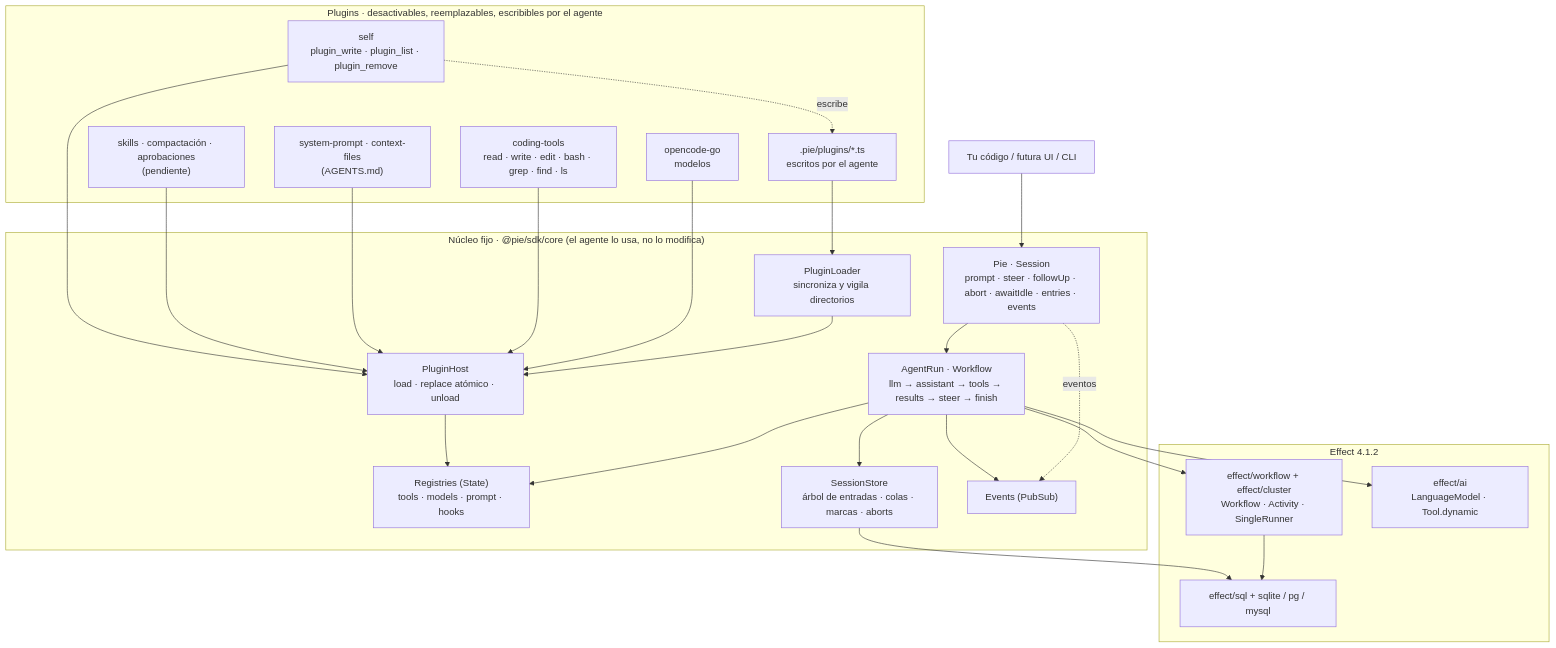
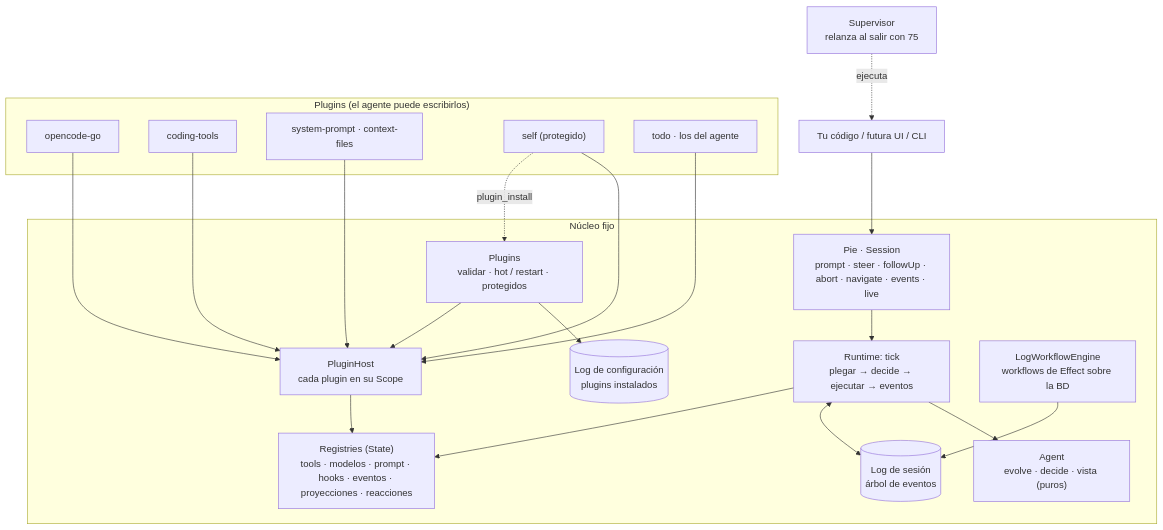
Before and after one commit to JavierDeDiegoGuzman/pie: the diagram in docs/diagramas/capas.mmd, drawn with Mermaid. The commit also changed 51 other files, not shown here.

```diff
--- a/docs/diagramas/capas.mmd
+++ b/docs/diagramas/capas.mmd
@@ -1,35 +1,31 @@
 flowchart TB
   host["Tu código / futura UI / CLI"]
-  subgraph CORE["Núcleo fijo · @pie/sdk/core (el agente lo usa, no lo modifica)"]
-    api["Pie · Session<br/>prompt · steer · followUp · abort · awaitIdle · entries · events"]
-    run["AgentRun · Workflow<br/>llm → assistant → tools → results → steer → finish"]
-    reg["Registries (State)<br/>tools · models · prompt · hooks"]
-    host2["PluginHost<br/>load · replace atómico · unload"]
-    loader["PluginLoader<br/>sincroniza y vigila directorios"]
-    store["SessionStore<br/>árbol de entradas · colas · marcas · aborts"]
-    ev["Events (PubSub)"]
+  sup["Supervisor<br/>relanza al salir con 75"]
+  subgraph CORE["Núcleo fijo"]
+    api["Pie · Session<br/>prompt · steer · followUp · abort · navigate · events · live"]
+    rt["Runtime: tick<br/>plegar → decide → ejecutar → eventos"]
+    agent["Agent<br/>evolve · decide · vista (puros)"]
+    log[("Log de sesión<br/>árbol de eventos")]
+    cfg[("Log de configuración<br/>plugins instalados")]
+    mgr["Plugins<br/>validar · hot / restart · protegidos"]
+    reg["Registries (State)<br/>tools · modelos · prompt · hooks · eventos · proyecciones · reacciones"]
+    host2["PluginHost<br/>cada plugin en su Scope"]
+    wf["LogWorkflowEngine<br/>workflows de Effect sobre la BD"]
   end
-  subgraph PLUGINS["Plugins · desactivables, reemplazables, escribibles por el agente"]
-    p1["opencode-go<br/>modelos"]
-    p2["coding-tools<br/>read · write · edit · bash · grep · find · ls"]
-    p3["system-prompt · context-files<br/>(AGENTS.md)"]
-    p5["self<br/>plugin_write · plugin_list · plugin_remove"]
-    p4["skills · compactación · aprobaciones<br/>(pendiente)"]
-    dir[".pie/plugins/*.ts<br/>escritos por el agente"]
+  subgraph PLUGINS["Plugins (el agente puede escribirlos)"]
+    p1["opencode-go"]
+    p2["coding-tools"]
+    p3["system-prompt · context-files"]
+    p4["self (protegido)"]
+    p5["todo · los del agente"]
   end
-  subgraph EFFECT["Effect 4.1.2"]
-    wf["effect/workflow + effect/cluster<br/>Workflow · Activity · SingleRunner"]
-    ai["effect/ai<br/>LanguageModel · Tool.dynamic"]
-    sql["effect/sql + sqlite / pg / mysql"]
-  end
-  host --> api --> run
-  api -. eventos .-> ev
-  run --> reg & store & ev
-  host2 --> reg
-  loader --> host2
-  dir --> loader
+  host --> api --> rt
+  sup -. ejecuta .-> host
+  rt --> agent
+  rt <--> log
+  mgr --> cfg
+  mgr --> host2 --> reg
+  rt --> reg
   p1 & p2 & p3 & p4 & p5 --> host2
-  p5 -. escribe .-> dir
-  run --> wf --> sql
-  store --> sql
-  run --> ai
+  p4 -. plugin_install .-> mgr
+  wf --> log
```
